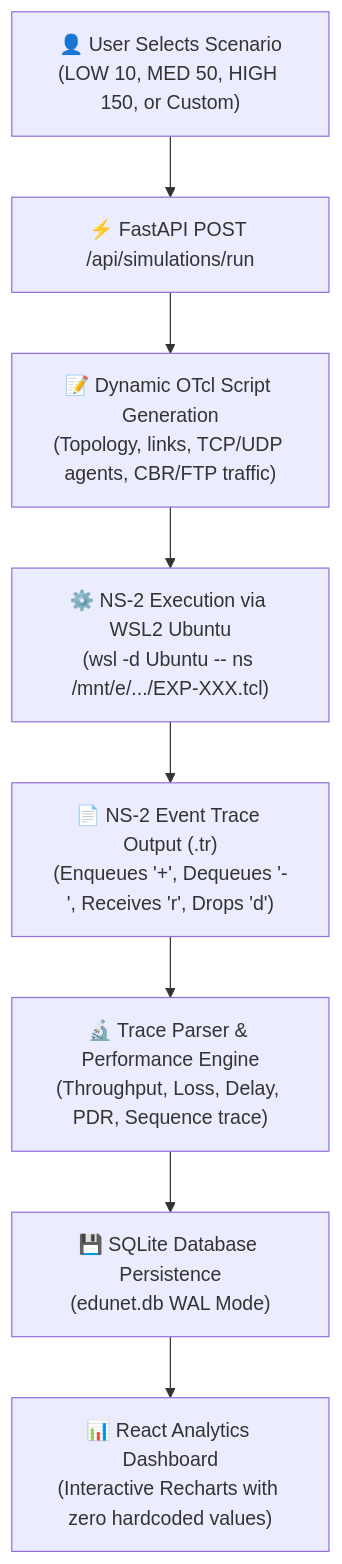
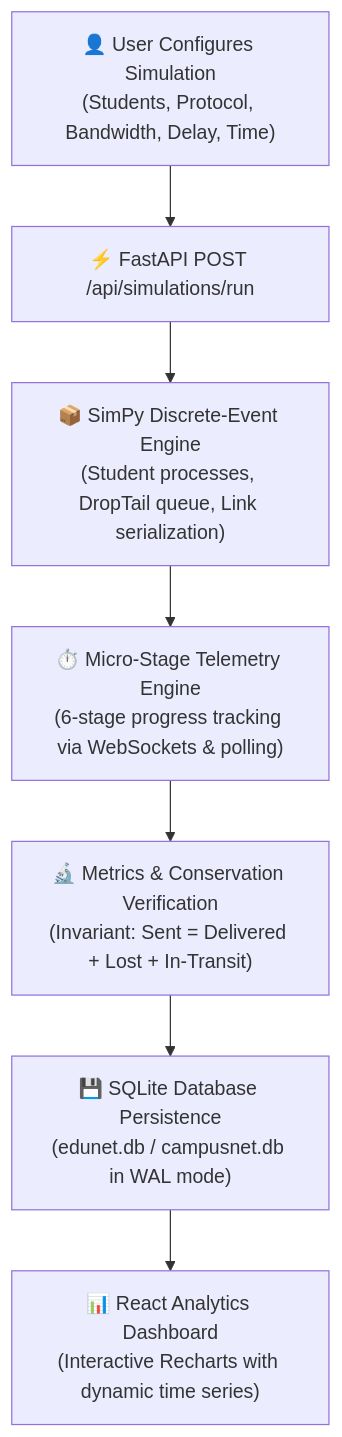
One commit to ramcharankuni43/CampusNet-Analyzer changed the diagram in README.md. Above: the diagram before and after it, drawn with Mermaid. The commit also changed other lines of this file and 57 other files, not shown here.

````diff
--- a/README.md
+++ b/README.md
@@ -69,10 +77,9 @@
 ```mermaid
 flowchart TD
-    A["👤 User Selects Scenario<br/>(LOW 10, MED 50, HIGH 150, or Custom)"] --> B["⚡ FastAPI POST /api/simulations/run"]
-    B --> C["📝 Dynamic OTcl Script Generation<br/>(Topology, links, TCP/UDP agents, CBR/FTP traffic)"]
-    C --> D["⚙️ NS-2 Execution via WSL2 Ubuntu<br/>(wsl -d Ubuntu -- ns /mnt/e/.../EXP-XXX.tcl)"]
-    D --> E["📄 NS-2 Event Trace Output (.tr)<br/>(Enqueues '+', Dequeues '-', Receives 'r', Drops 'd')"]
-    E --> F["🔬 Trace Parser & Performance Engine<br/>(Throughput, Loss, Delay, PDR, Sequence trace)"]
-    F --> G["💾 SQLite Database Persistence<br/>(edunet.db WAL Mode)"]
-    G --> H["📊 React Analytics Dashboard<br/>(Interactive Recharts with zero hardcoded values)"]
+    A["👤 User Configures Simulation<br/>(Students, Protocol, Bandwidth, Delay, Time)"] --> B["⚡ FastAPI POST /api/simulations/run"]
+    B --> C["📦 SimPy Discrete-Event Engine<br/>(Student processes, DropTail queue, Link serialization)"]
+    C --> D["⏱️ Micro-Stage Telemetry Engine<br/>(6-stage progress tracking via WebSockets & polling)"]
+    D --> E["🔬 Metrics & Conservation Verification<br/>(Invariant: Sent = Delivered + Lost + In-Transit)"]
+    E --> F["💾 SQLite Database Persistence<br/>(edunet.db / campusnet.db in WAL mode)"]
+    F --> G["📊 React Analytics Dashboard<br/>(Interactive Recharts with dynamic time series)"]
 ```
````
